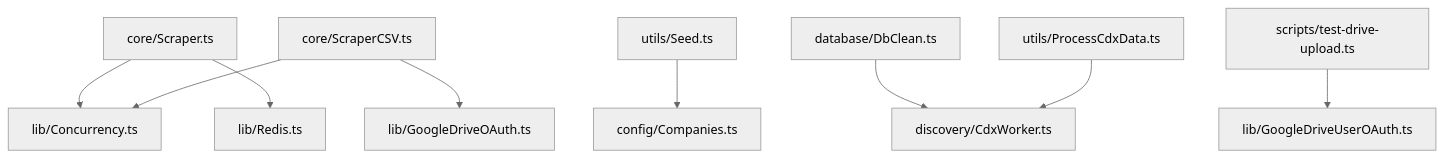
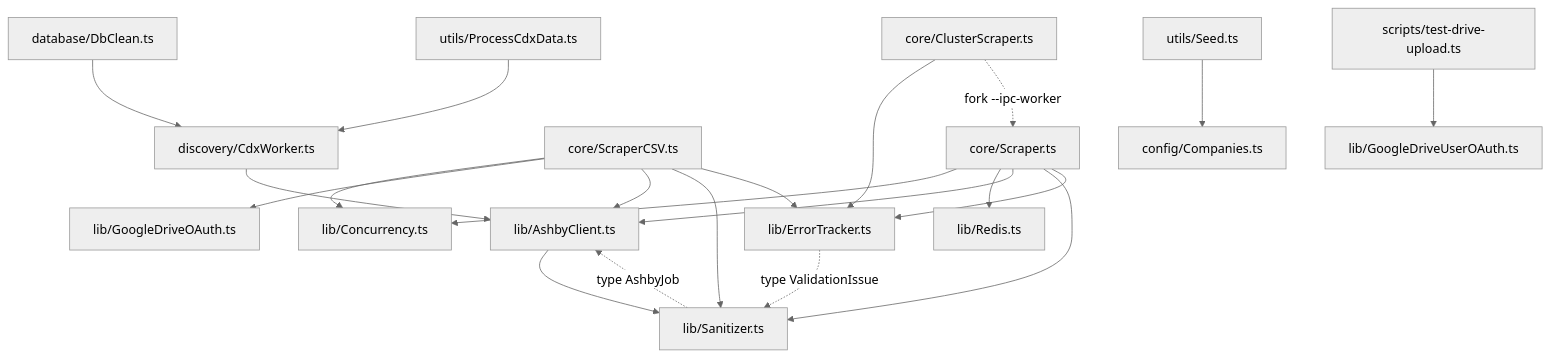
The diagram in documentation/06-module-reference.md (pavanpogula/job-scrapper), drawn with Mermaid (neutral theme) before and after one commit. The commit also changed other lines of this file and 17 other files, not shown here.

````diff
--- a/documentation/06-module-reference.md
+++ b/documentation/06-module-reference.md
@@ -7,11 +9,23 @@
 ```mermaid
 flowchart TD
     Scraper["core/Scraper.ts"] --> Concurrency["lib/Concurrency.ts"]
     Scraper --> Redis["lib/Redis.ts"]
+    Scraper --> AC["lib/AshbyClient.ts"]
+    Scraper --> San["lib/Sanitizer.ts"]
+    Scraper --> ET["lib/ErrorTracker.ts"]
+    Cluster["core/ClusterScraper.ts"] --> ET
+    Cluster -. "fork --ipc-worker" .-> Scraper
     ScraperCSV["core/ScraperCSV.ts"] --> Concurrency
     ScraperCSV --> GDO["lib/GoogleDriveOAuth.ts"]
+    ScraperCSV --> AC
+    ScraperCSV --> San
+    ScraperCSV --> ET
+    AC --> San
+    San -. "type AshbyJob" .-> AC
+    ET -. "type ValidationIssue" .-> San
+    Cdx["discovery/CdxWorker.ts"] --> AC
     Seed["utils/Seed.ts"] --> Companies["config/Companies.ts"]
-    DbClean["database/DbClean.ts"] --> Cdx["discovery/CdxWorker.ts"]
+    DbClean["database/DbClean.ts"] --> Cdx
     ProcessCdx["utils/ProcessCdxData.ts"] --> Cdx
     TestDrive["scripts/test-drive-upload.ts"] --> GDU["lib/GoogleDriveUserOAuth.ts"]
 ```
````
